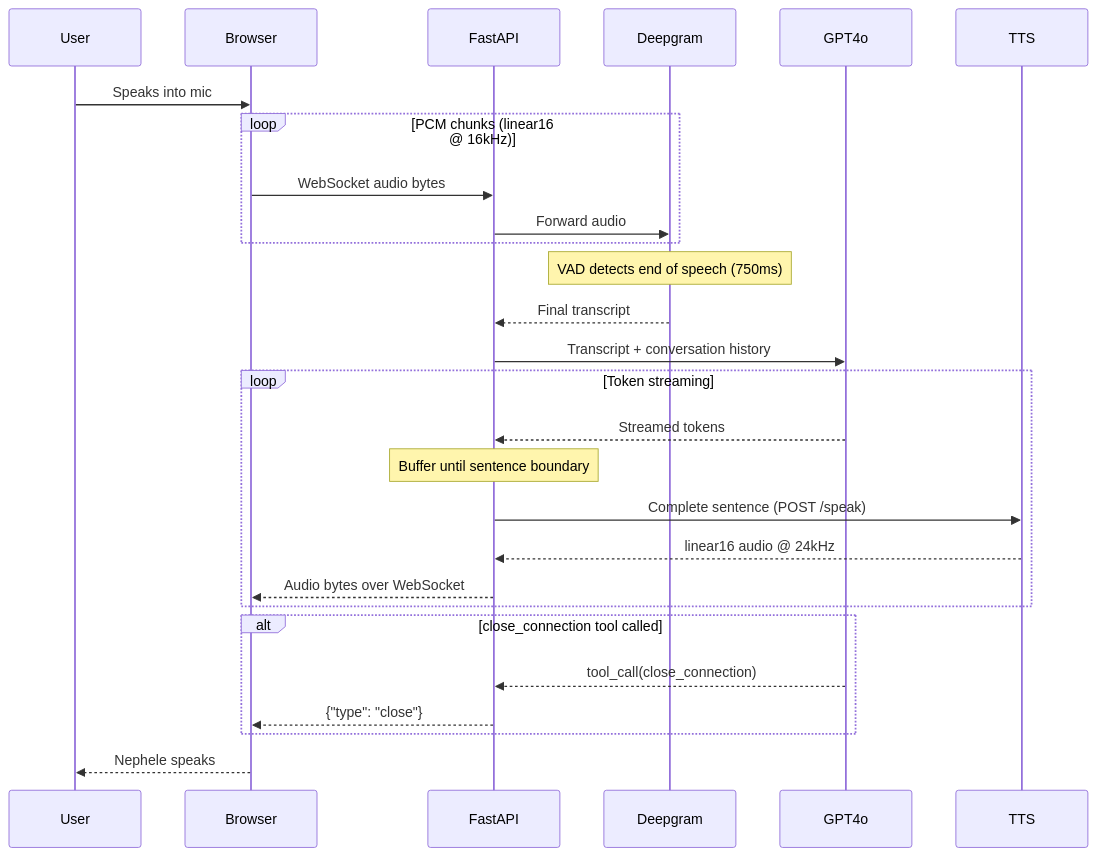
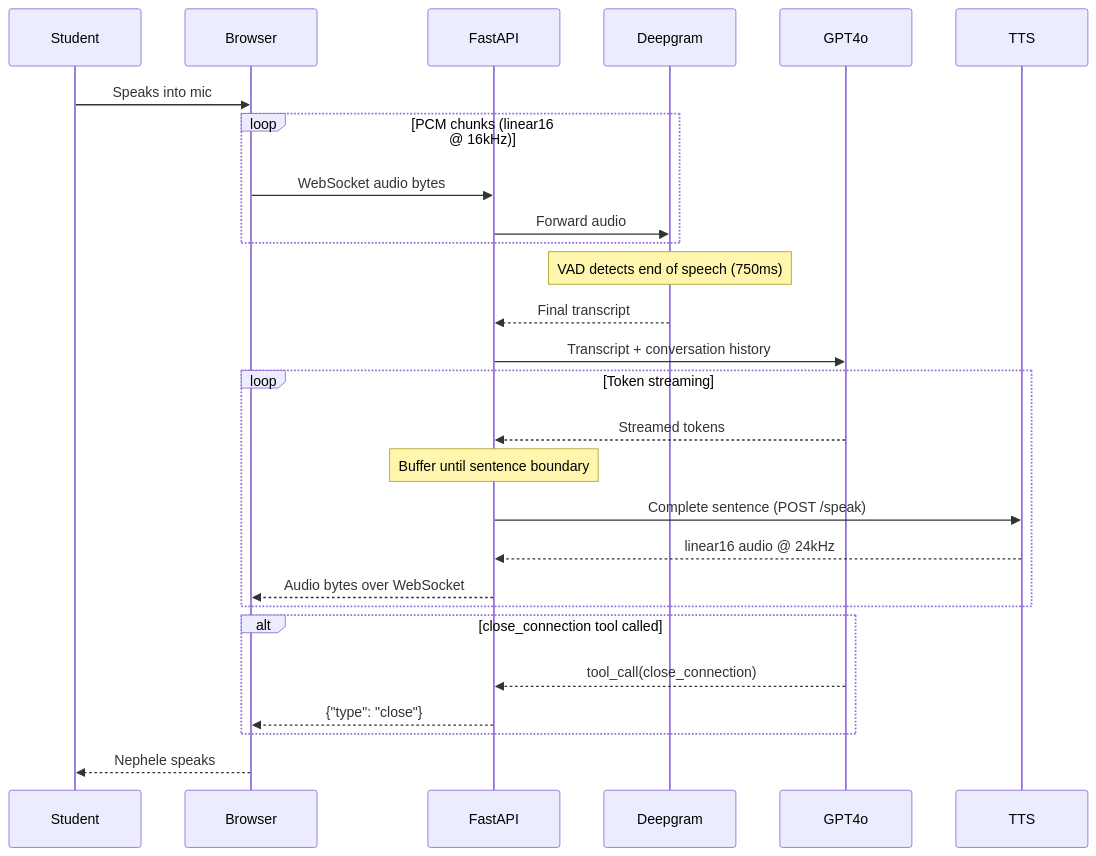
Before and after one commit to codesbysaravana/nephele_production: the diagram in README.md, drawn with Mermaid. The commit also changed other lines of this file, not shown here.

````diff
--- a/README.md
+++ b/README.md
@@ -43,34 +49,34 @@
 ```mermaid
 sequenceDiagram
-    participant User
+    participant Student
     participant Browser
     participant FastAPI
     participant Deepgram
     participant GPT4o
     participant TTS
 
-    User->>Browser: Speaks into mic
+    Student->>Browser: Speaks into mic
     loop PCM chunks (linear16 @ 16kHz)
         Browser->>FastAPI: WebSocket audio bytes
         FastAPI->>Deepgram: Forward audio
     end
 
     Note over Deepgram: VAD detects end of speech (750ms)
     Deepgram-->>FastAPI: Final transcript
 
     FastAPI->>GPT4o: Transcript + conversation history
     loop Token streaming
         GPT4o-->>FastAPI: Streamed tokens
         Note over FastAPI: Buffer until sentence boundary
         FastAPI->>TTS: Complete sentence (POST /speak)
         TTS-->>FastAPI: linear16 audio @ 24kHz
         FastAPI-->>Browser: Audio bytes over WebSocket
     end
 
     alt close_connection tool called
         GPT4o-->>FastAPI: tool_call(close_connection)
         FastAPI-->>Browser: {"type": "close"}
     end
 
-    Browser-->>User: Nephele speaks
+    Browser-->>Student: Nephele speaks
 ```
````
